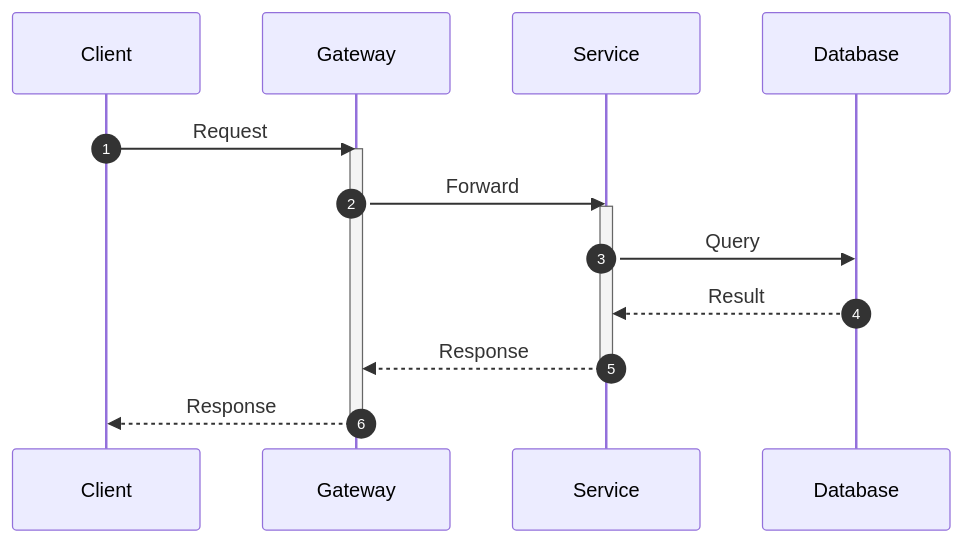
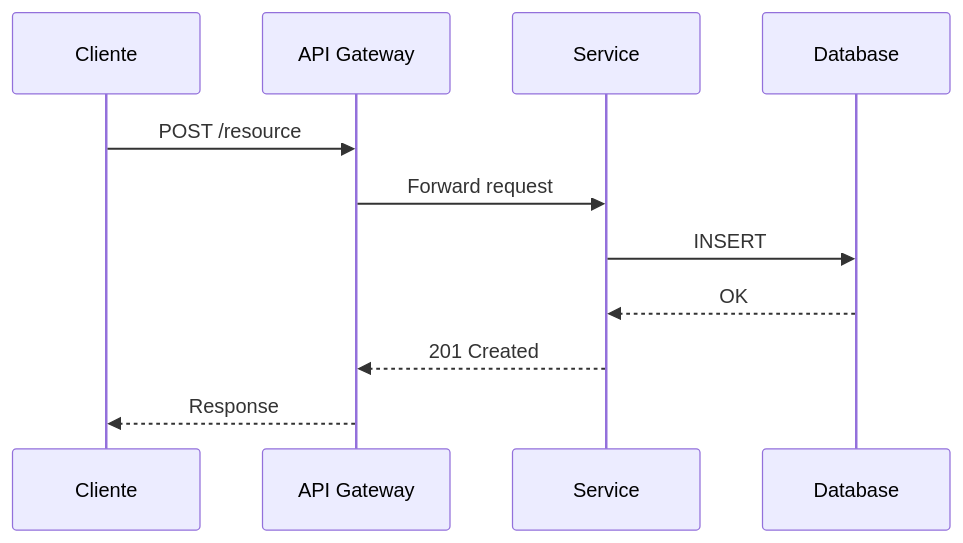
Before and after one commit to gonzalezpazmonica/pm-workspace: the third of 4 diagrams in .claude/skills/diagram-generation/references/mermaid-templates.md, drawn with Mermaid. The commit also changed other lines of this file and 53 other files, not shown here.

````diff
--- a/.claude/skills/diagram-generation/references/mermaid-templates.md
+++ b/.claude/skills/diagram-generation/references/mermaid-templates.md
@@ -67,19 +43,13 @@
 ```mermaid
 sequenceDiagram
-    autonumber
-    participant C as Client
-    participant G as Gateway
+    participant C as Cliente
+    participant G as API Gateway
     participant S as Service
     participant D as Database
-
-    C->>G: Request
-    activate G
-    G->>S: Forward
-    activate S
-    S->>D: Query
-    D-->>S: Result
-    S-->>G: Response
-    deactivate S
+    C->>G: POST /resource
+    G->>S: Forward request
+    S->>D: INSERT
+    D-->>S: OK
+    S-->>G: 201 Created
     G-->>C: Response
-    deactivate G
 ```
````
